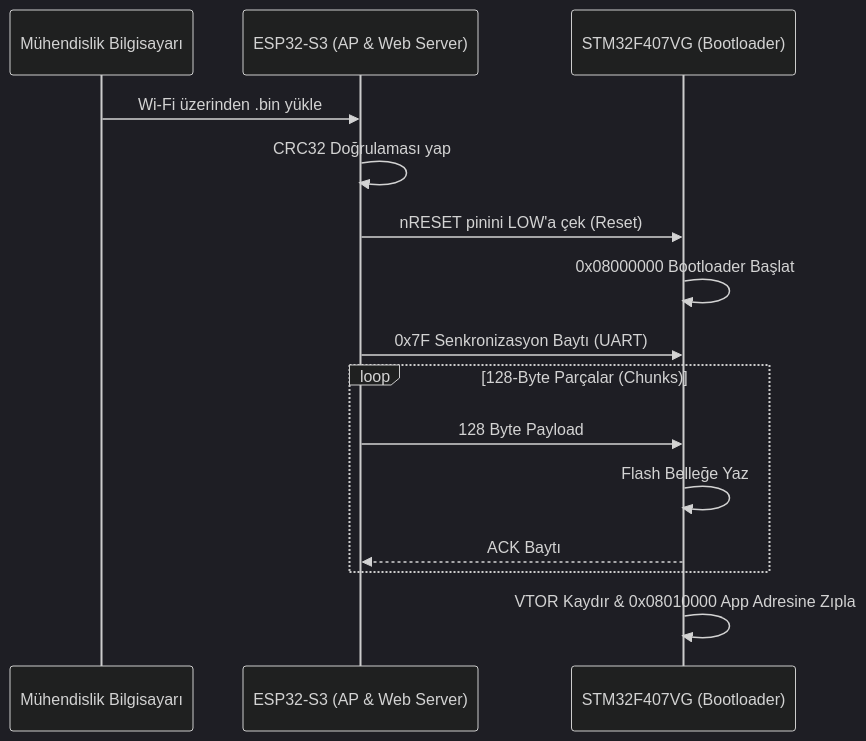
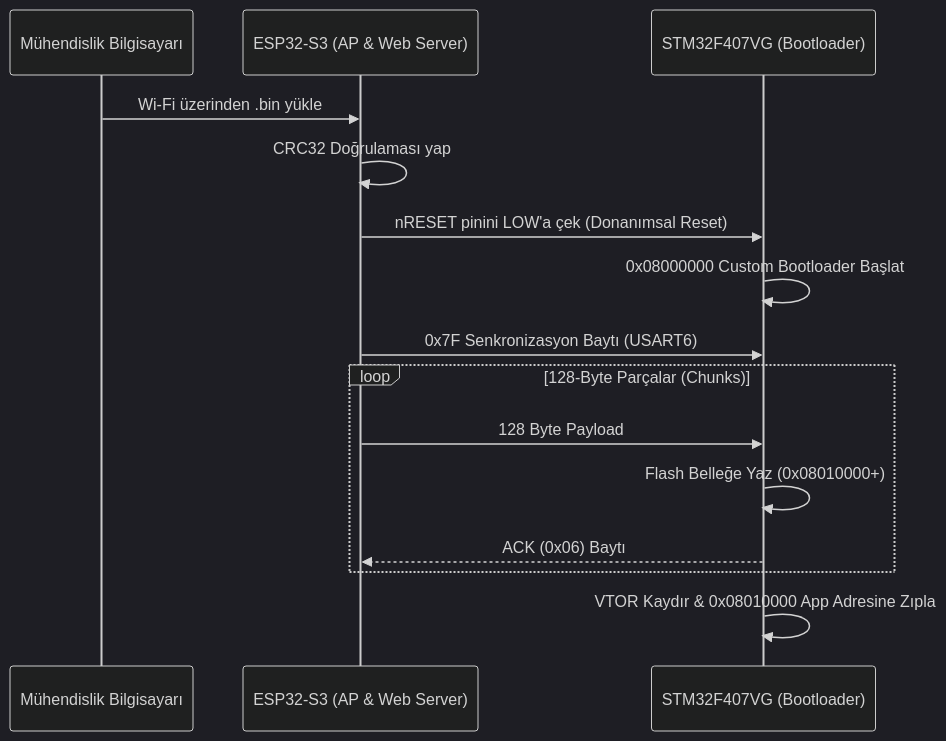
The fourth of 4 diagrams in README.md (bahattinyunus/teknofest_su_alti_roket), drawn with Mermaid (dark theme) before and after one commit. The commit also changed other lines of this file, not shown here.

````diff
--- a/README.md
+++ b/README.md
@@ -120,18 +290,18 @@
 ```mermaid
 sequenceDiagram
     participant PC as Mühendislik Bilgisayarı
     participant ESP as ESP32-S3 (AP & Web Server)
     participant STM as STM32F407VG (Bootloader)
 
     PC->>ESP: Wi-Fi üzerinden .bin yükle
     ESP->>ESP: CRC32 Doğrulaması yap
-    ESP->>STM: nRESET pinini LOW'a çek (Reset)
-    STM->>STM: 0x08000000 Bootloader Başlat
-    ESP->>STM: 0x7F Senkronizasyon Baytı (UART)
+    ESP->>STM: nRESET pinini LOW'a çek (Donanımsal Reset)
+    STM->>STM: 0x08000000 Custom Bootloader Başlat
+    ESP->>STM: 0x7F Senkronizasyon Baytı (USART6)
     loop 128-Byte Parçalar (Chunks)
         ESP->>STM: 128 Byte Payload
-        STM->>STM: Flash Belleğe Yaz
-        STM-->>ESP: ACK Baytı
+        STM->>STM: Flash Belleğe Yaz (0x08010000+)
+        STM-->>ESP: ACK (0x06) Baytı
     end
     STM->>STM: VTOR Kaydır & 0x08010000 App Adresine Zıpla
 ```
````
